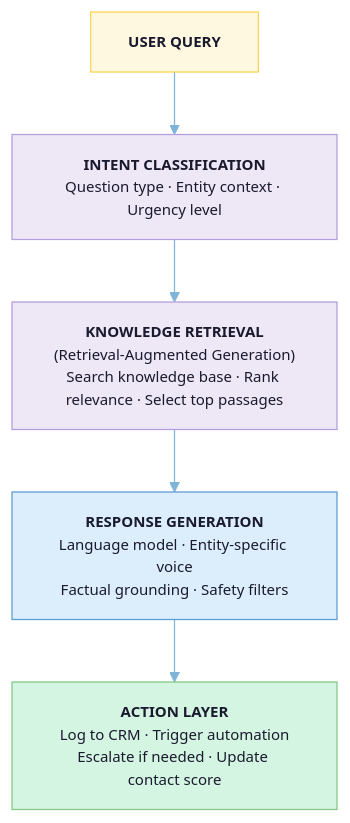
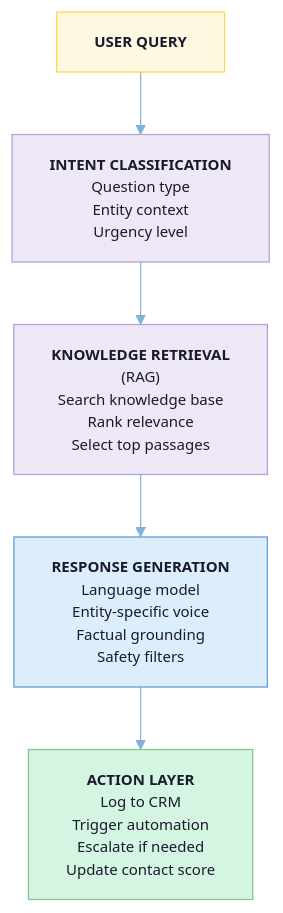
One commit to Light-Brands/qie changed diagram 17 of 30 in legal-vault/proposals/cho-ventures-master-project-plan-2026-02-25.md. Above: the diagram before and after it, drawn with Mermaid. The commit also changed other lines of this file, not shown here.

First line of the commit message:
Fix Mermaid diagram text overflow: break long node labels into shorter lines

````diff
--- a/legal-vault/proposals/cho-ventures-master-project-plan-2026-02-25.md
+++ b/legal-vault/proposals/cho-ventures-master-project-plan-2026-02-25.md
@@ -1268,16 +1268,16 @@
 ```mermaid
 %%{init: {'theme': 'base', 'themeVariables': {'primaryColor': '#DCEEFB', 'primaryTextColor': '#1a1a2e', 'lineColor': '#7FB3D8', 'fontSize': '12px'}}}%%
 flowchart TB
     classDef input fill:#FFF8E1,stroke:#FFD54F,color:#1a1a2e
     classDef process fill:#EDE7F6,stroke:#B39DDB,color:#1a1a2e
     classDef generate fill:#DCEEFB,stroke:#5B9BD5,color:#1a1a2e
     classDef action fill:#D5F5E3,stroke:#82C785,color:#1a1a2e
 
     QUERY["<b>USER QUERY</b>"]:::input
-    INTENT["<b>INTENT CLASSIFICATION</b><br/>Question type · Entity context · Urgency level"]:::process
-    KNOWLEDGE["<b>KNOWLEDGE RETRIEVAL</b><br/>(Retrieval-Augmented Generation)<br/>Search knowledge base · Rank relevance · Select top passages"]:::process
-    RESPONSE["<b>RESPONSE GENERATION</b><br/>Language model · Entity-specific voice<br/>Factual grounding · Safety filters"]:::generate
-    ACTION["<b>ACTION LAYER</b><br/>Log to CRM · Trigger automation<br/>Escalate if needed · Update contact score"]:::action
+    INTENT["<b>INTENT CLASSIFICATION</b><br/>Question type<br/>Entity context<br/>Urgency level"]:::process
+    KNOWLEDGE["<b>KNOWLEDGE RETRIEVAL</b><br/>(RAG)<br/>Search knowledge base<br/>Rank relevance<br/>Select top passages"]:::process
+    RESPONSE["<b>RESPONSE GENERATION</b><br/>Language model<br/>Entity-specific voice<br/>Factual grounding<br/>Safety filters"]:::generate
+    ACTION["<b>ACTION LAYER</b><br/>Log to CRM<br/>Trigger automation<br/>Escalate if needed<br/>Update contact score"]:::action
 
     QUERY --> INTENT --> KNOWLEDGE --> RESPONSE --> ACTION
 ```
````
